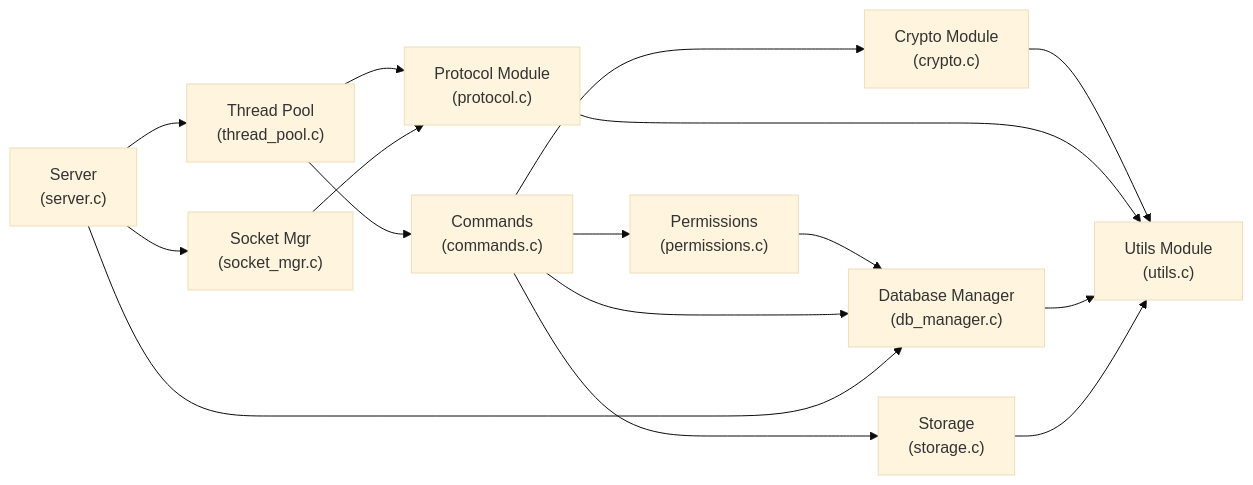
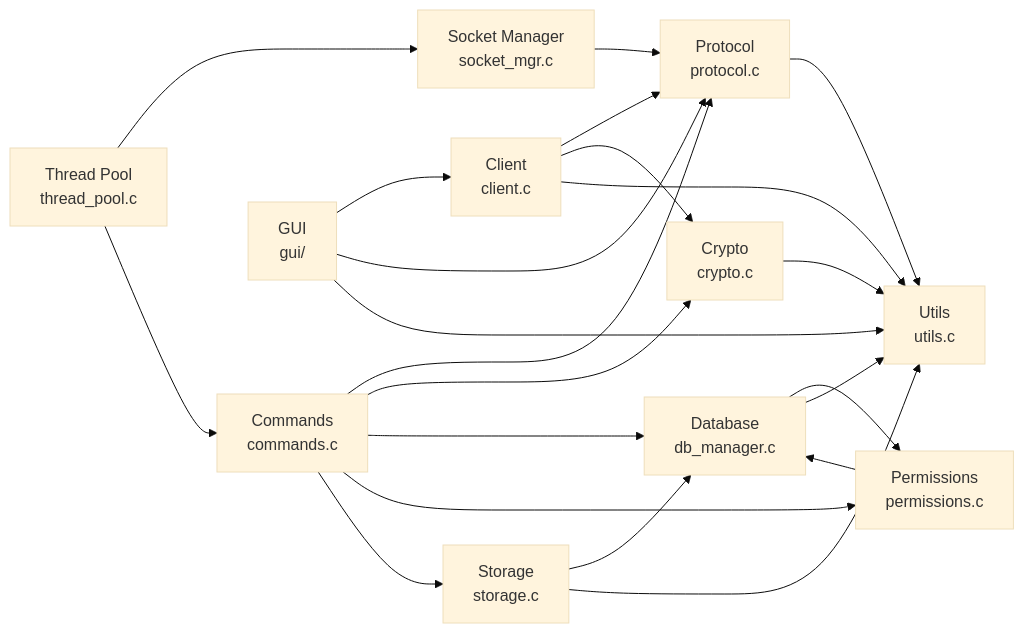
Before and after one commit to luanquangminh/NetworkDemo: the second of 10 diagrams in PROJECT_REPORT.md, drawn with Mermaid (base theme). The commit also changed other lines of this file and 37 other files, not shown here.

````diff
--- a/PROJECT_REPORT.md
+++ b/PROJECT_REPORT.md
@@ -93,29 +146,36 @@
 ```mermaid
 graph LR
-    PM["Protocol Module<br/>(protocol.c)"]
-    CRY["Crypto Module<br/>(crypto.c)"]
-    UTIL["Utils Module<br/>(utils.c)"]
-    DBM["Database Manager<br/>(db_manager.c)"]
-    PERM["Permissions<br/>(permissions.c)"]
-    STOR["Storage<br/>(storage.c)"]
-    TP["Thread Pool<br/>(thread_pool.c)"]
-    CMD["Commands<br/>(commands.c)"]
-    SRV["Server<br/>(server.c)"]
-    SMGR["Socket Mgr<br/>(socket_mgr.c)"]
+    A["Protocol<br/>protocol.c"]
+    B["Crypto<br/>crypto.c"]
+    C["Database<br/>db_manager.c"]
+    D["Permissions<br/>permissions.c"]
+    E["Storage<br/>storage.c"]
+    F["Commands<br/>commands.c"]
+    G["Thread Pool<br/>thread_pool.c"]
+    H["Socket Manager<br/>socket_mgr.c"]
+    I["Utils<br/>utils.c"]
+    J["GUI<br/>gui/"]
+    K["Client<br/>client.c"]
 
-    CRY --> UTIL
-    PM --> UTIL
-    DBM --> UTIL
-    PERM --> DBM
-    STOR --> UTIL
-    TP --> CMD
-    TP --> PM
-    CMD --> DBM
-    CMD --> PERM
-    CMD --> STOR
-    CMD --> CRY
-    SMGR --> PM
-    SRV --> SMGR
-    SRV --> TP
-    SRV --> DBM
+    A --> I
+    B --> I
+    C --> D
+    C --> I
+    D --> C
+    E --> C
+    E --> I
+    F --> A
+    F --> B
+    F --> C
+    F --> D
+    F --> E
+    G --> H
+    G --> F
+    H --> A
+    K --> A
+    K --> B
+    K --> I
+    J --> K
+    J --> A
+    J --> I
 ```
````
